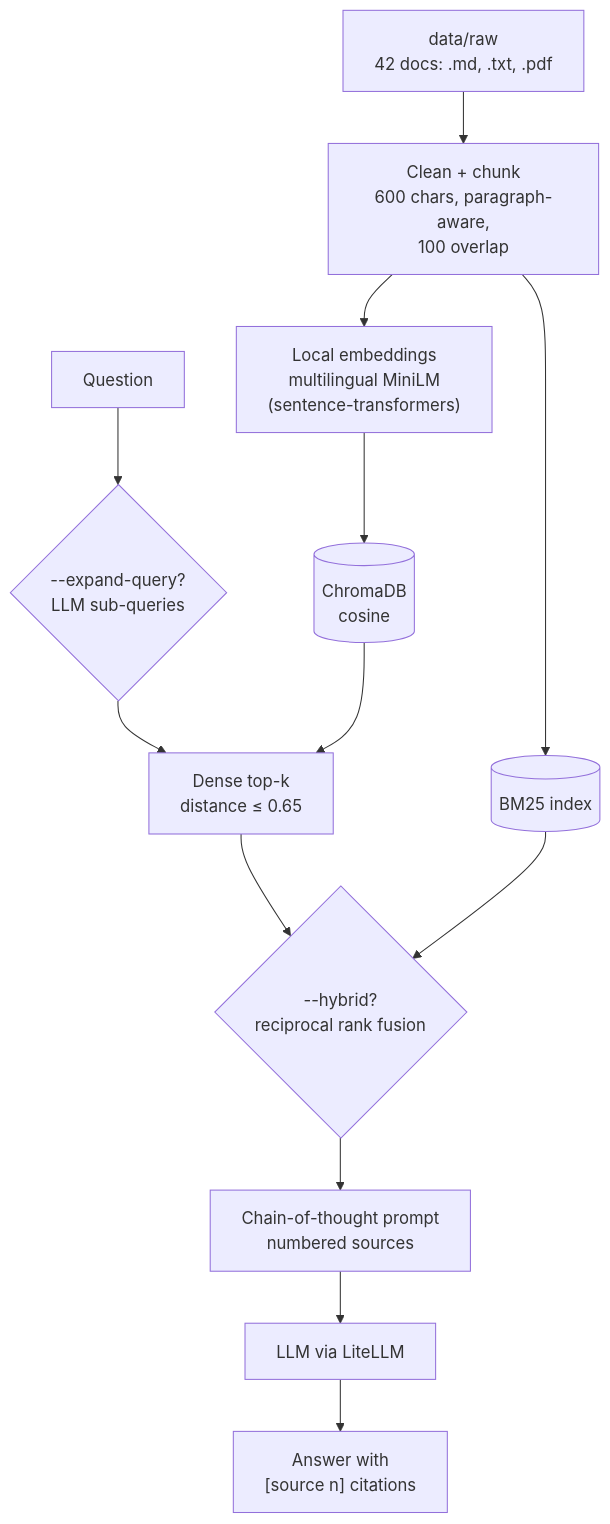
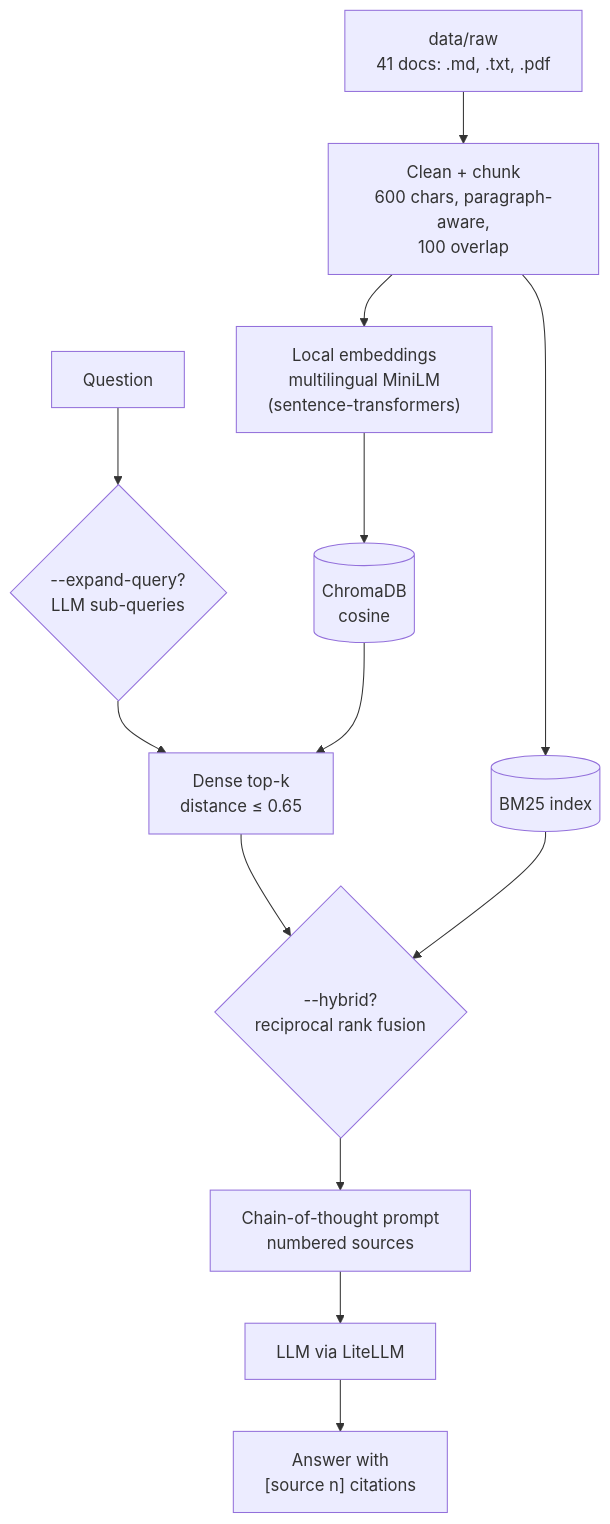
The diagram in README.md (DancinAndrew/CypherOG), drawn with Mermaid before and after one commit. The commit also changed other lines of this file and 15 other files, not shown here.

````diff
--- a/README.md
+++ b/README.md
@@ -17,15 +17,15 @@
 ```mermaid
 flowchart TD
-    R["data/raw<br/>42 docs: .md, .txt, .pdf"] --> C["Clean + chunk<br/>600 chars, paragraph-aware,<br/>100 overlap"]
+    R["data/raw<br/>41 docs: .md, .txt, .pdf"] --> C["Clean + chunk<br/>600 chars, paragraph-aware,<br/>100 overlap"]
     C --> E["Local embeddings<br/>multilingual MiniLM<br/>(sentence-transformers)"]
     E --> V[("ChromaDB<br/>cosine")]
     C --> B[("BM25 index")]
     Q["Question"] --> X{"--expand-query?<br/>LLM sub-queries"}
     X --> D["Dense top-k<br/>distance ≤ 0.65"]
     V --> D
     D --> F{"--hybrid?<br/>reciprocal rank fusion"}
     B --> F
     F --> P["Chain-of-thought prompt<br/>numbered sources"]
     P --> L["LLM via LiteLLM"]
     L --> A["Answer with<br/>[source n] citations"]
 ```
````
